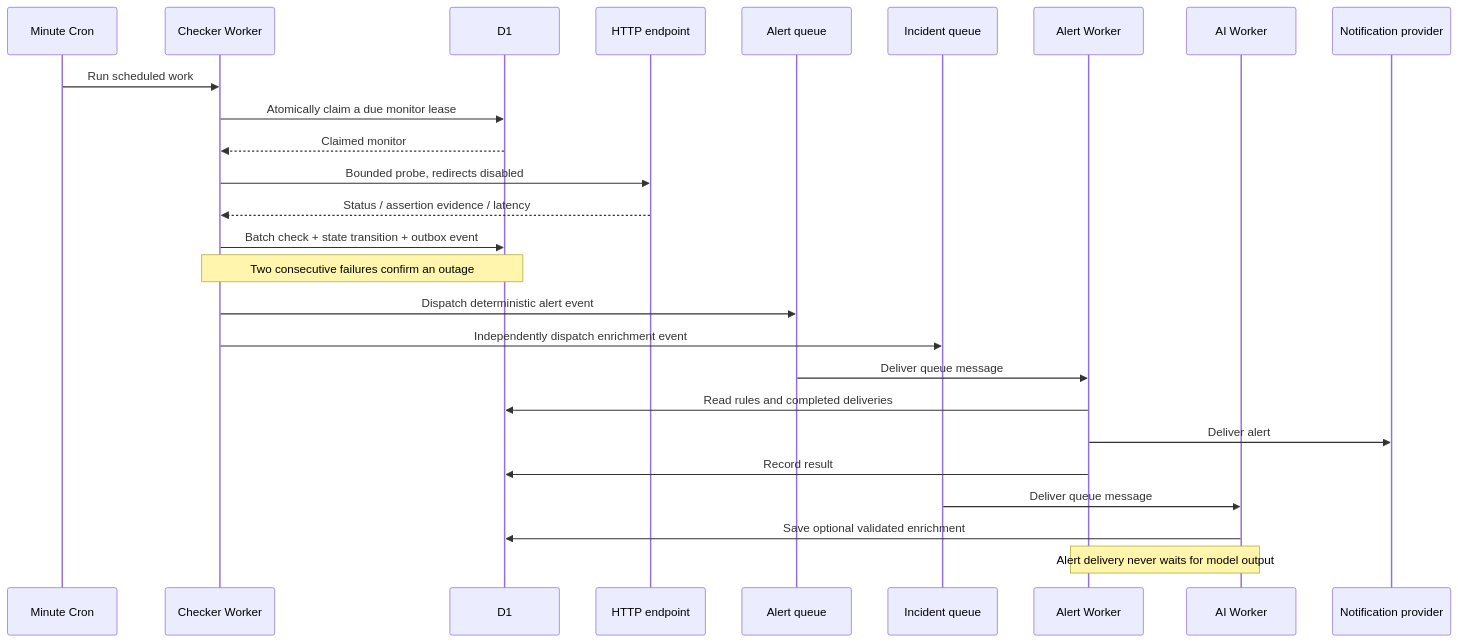
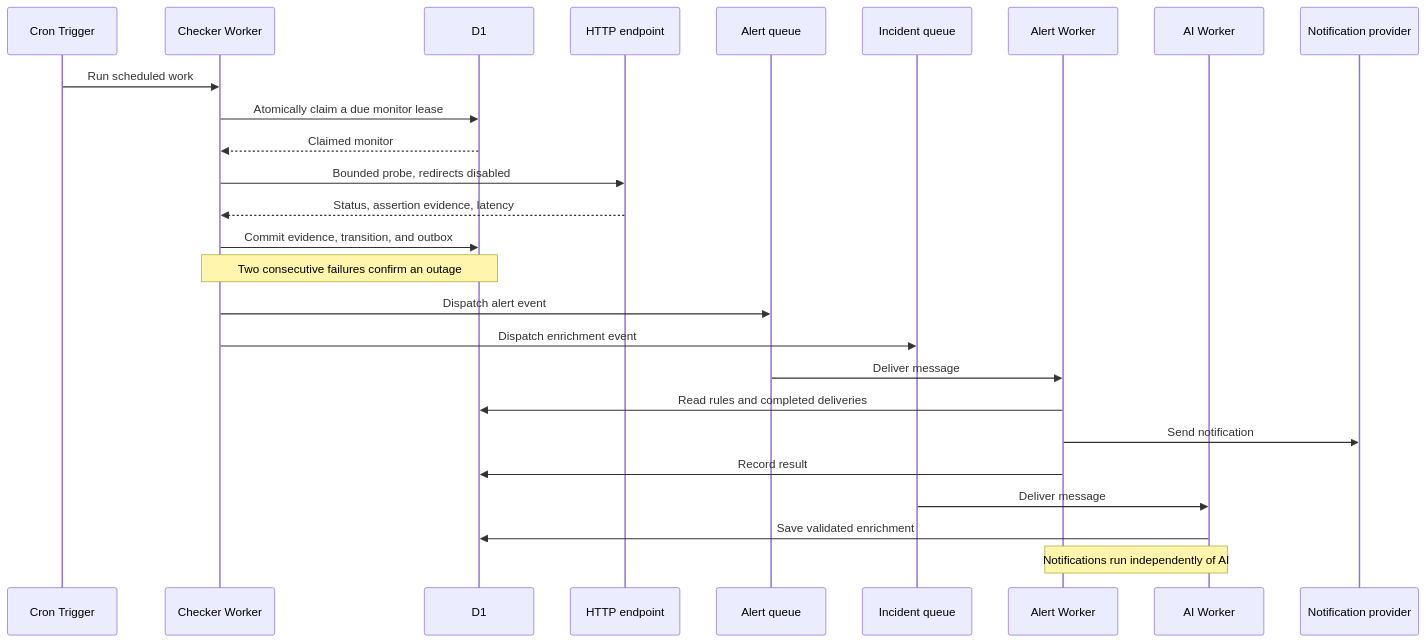
One commit to DebadityaHait/pulseflare changed the diagram in docs/ARCHITECTURE.md. Above: the diagram before and after it, drawn with Mermaid. The commit also changed other lines of this file and 15 other files, not shown here.

````diff
--- a/docs/ARCHITECTURE.md
+++ b/docs/ARCHITECTURE.md
@@ -23,28 +21,28 @@
 ```mermaid
 sequenceDiagram
-  participant Cron as Minute Cron
+  participant Cron as Cron Trigger
   participant Checker as Checker Worker
   participant DB as D1
   participant Target as HTTP endpoint
   participant AQ as Alert queue
   participant IQ as Incident queue
   participant Alert as Alert Worker
   participant AI as AI Worker
   participant Provider as Notification provider
   Cron->>Checker: Run scheduled work
   Checker->>DB: Atomically claim a due monitor lease
   DB-->>Checker: Claimed monitor
   Checker->>Target: Bounded probe, redirects disabled
-  Target-->>Checker: Status / assertion evidence / latency
-  Checker->>DB: Batch check + state transition + outbox event
+  Target-->>Checker: Status, assertion evidence, latency
+  Checker->>DB: Commit evidence, transition, and outbox
   Note over Checker,DB: Two consecutive failures confirm an outage
-  Checker->>AQ: Dispatch deterministic alert event
-  Checker->>IQ: Independently dispatch enrichment event
-  AQ->>Alert: Deliver queue message
+  Checker->>AQ: Dispatch alert event
+  Checker->>IQ: Dispatch enrichment event
+  AQ->>Alert: Deliver message
   Alert->>DB: Read rules and completed deliveries
-  Alert->>Provider: Deliver alert
+  Alert->>Provider: Send notification
   Alert->>DB: Record result
-  IQ->>AI: Deliver queue message
-  AI->>DB: Save optional validated enrichment
-  Note over Alert,AI: Alert delivery never waits for model output
+  IQ->>AI: Deliver message
+  AI->>DB: Save validated enrichment
+  Note over Alert,AI: Notifications run independently of AI
 ```
````
